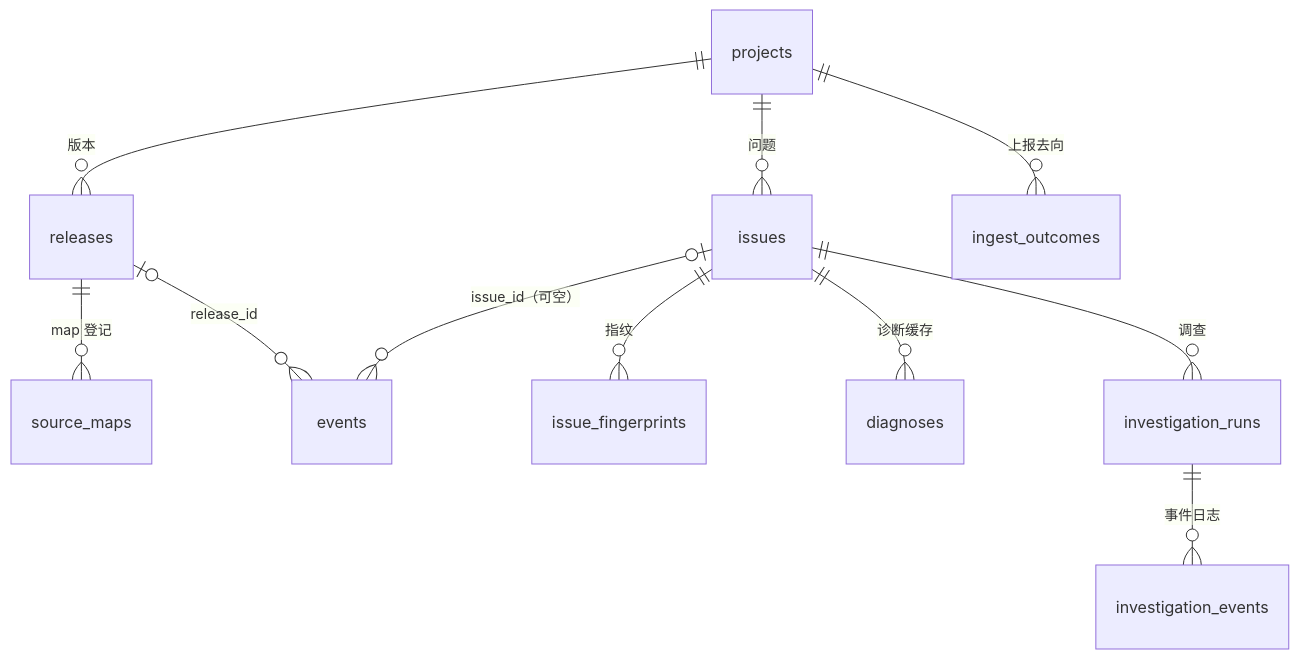
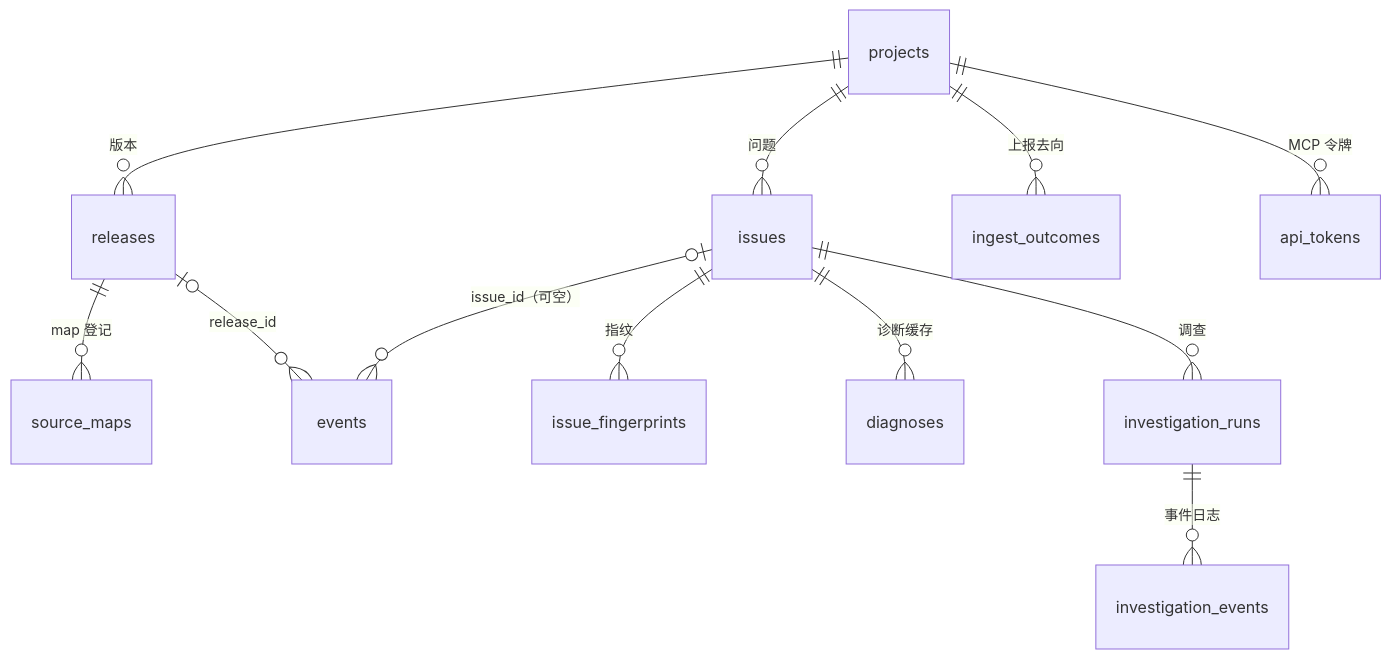
Before and after one commit to guiwzh/tracepilot: the second of 6 diagrams in docs/server.md, drawn with Mermaid. The commit also changed other lines of this file and 24 other files, not shown here.

````diff
--- a/docs/server.md
+++ b/docs/server.md
@@ -240,13 +246,14 @@
 ```mermaid
 erDiagram
   projects ||--o{ releases : "版本"
   projects ||--o{ issues : "问题"
   releases ||--o{ source_maps : "map 登记"
   releases |o--o{ events : "release_id"
   issues ||--o{ issue_fingerprints : "指纹"
   issues |o--o{ events : "issue_id（可空）"
   issues ||--o{ diagnoses : "诊断缓存"
   issues ||--o{ investigation_runs : "调查"
   investigation_runs ||--o{ investigation_events : "事件日志"
   projects ||--o{ ingest_outcomes : "上报去向"
+  projects ||--o{ api_tokens : "MCP 令牌"
 ```
````
